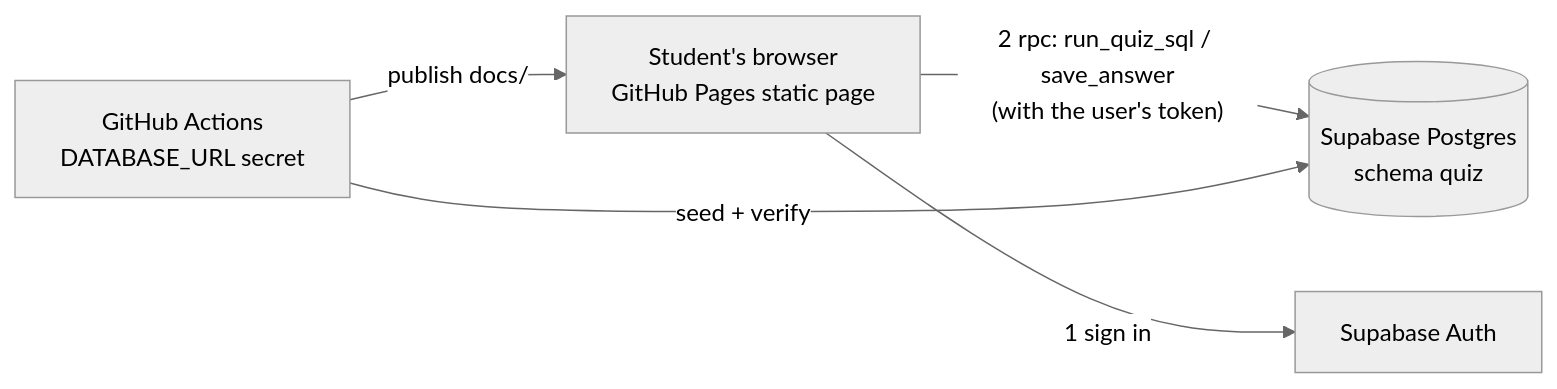
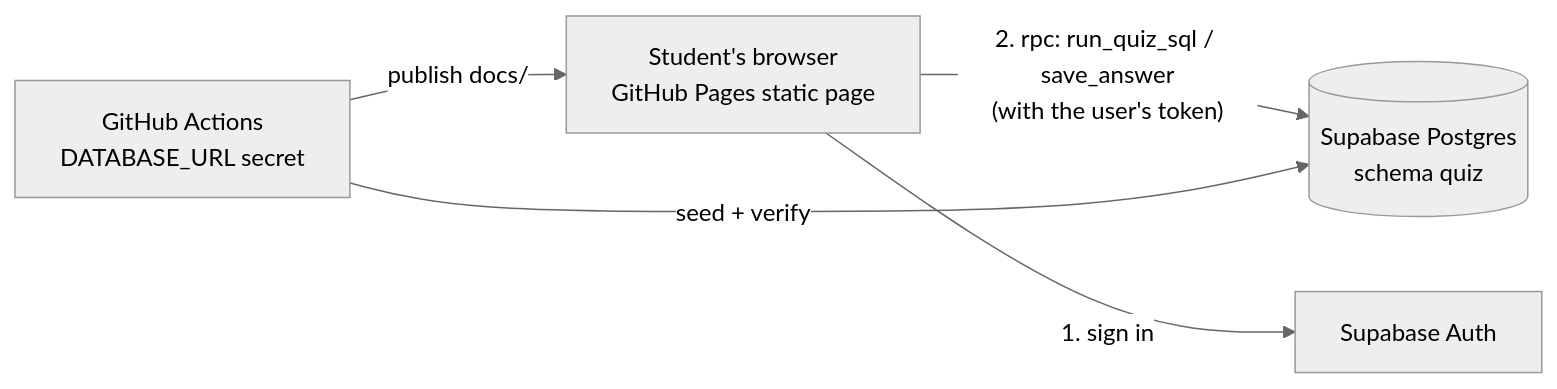
Before and after one commit to luel-du/ids706-sql-quiz: the diagram in README.md, drawn with Mermaid (neutral theme). The commit also changed other lines of this file, not shown here.

Commit message:
Restructure README: features, architecture, configuration, CI

````diff
--- a/README.md
+++ b/README.md
@@ -16,7 +41,7 @@
 ```mermaid
 flowchart LR
-  B[Student's browser<br/>GitHub Pages static page] -- "1 sign in" --> A[Supabase Auth]
-  B -- "2 rpc: run_quiz_sql / save_answer<br/>(with the user's token)" --> P[(Supabase Postgres<br/>schema quiz)]
+  B[Student's browser<br/>GitHub Pages static page] -- "1. sign in" --> A[Supabase Auth]
+  B -- "2. rpc: run_quiz_sql / save_answer<br/>(with the user's token)" --> P[(Supabase Postgres<br/>schema quiz)]
   G[GitHub Actions<br/>DATABASE_URL secret] -- "seed + verify" --> P
   G -- "publish docs/" --> B
 ```
````
